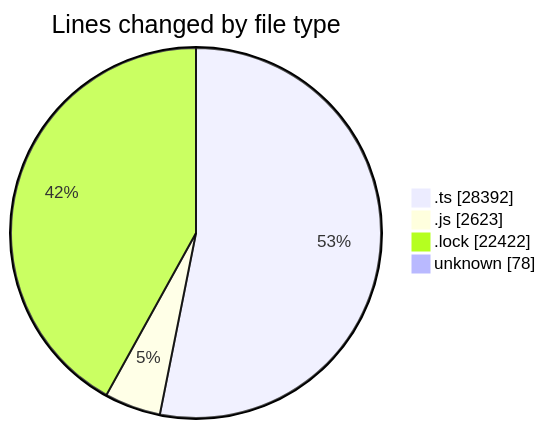
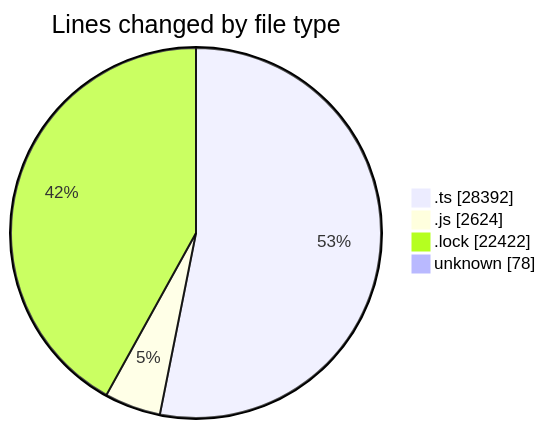
Before and after one commit to momahboobian/code-tracking: the first of 2 diagrams in 2025-05-20/cda/README.md, drawn with Mermaid. The commit also changed other lines of this file and 1 other file, not shown here.

````diff
--- a/2025-05-20/cda/README.md
+++ b/2025-05-20/cda/README.md
@@ -42,8 +42,8 @@
 ```mermaid
 pie showData
 title Lines changed by file type
 ".ts" : 28392
-".js" : 2623
+".js" : 2624
 ".lock" : 22422
 "unknown" : 78
 ```
````
